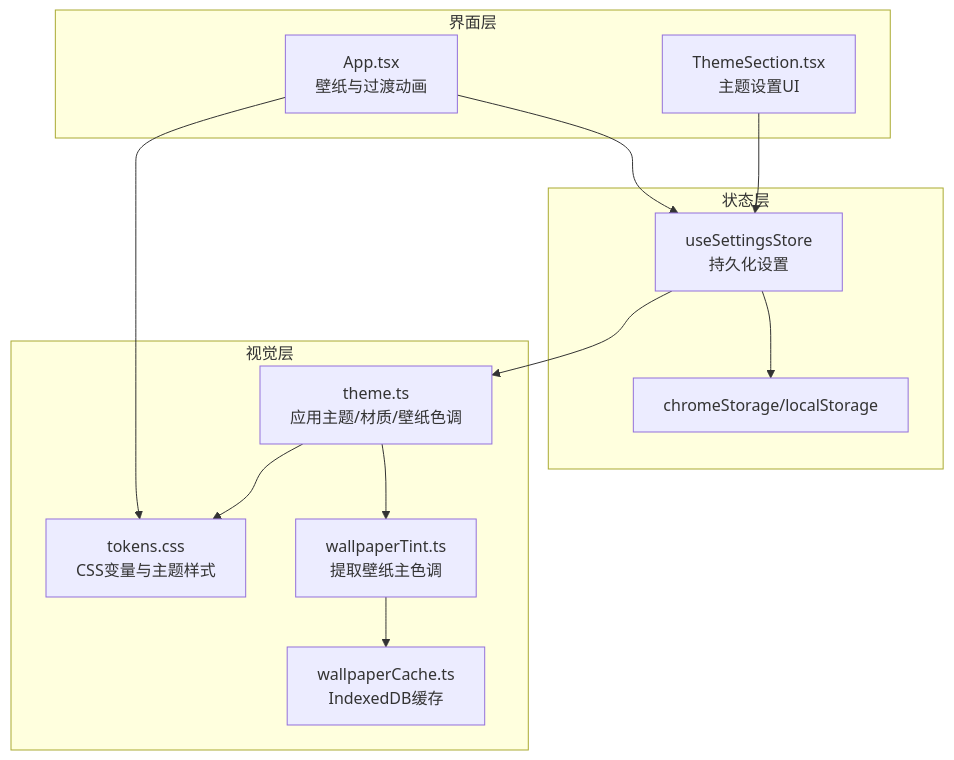
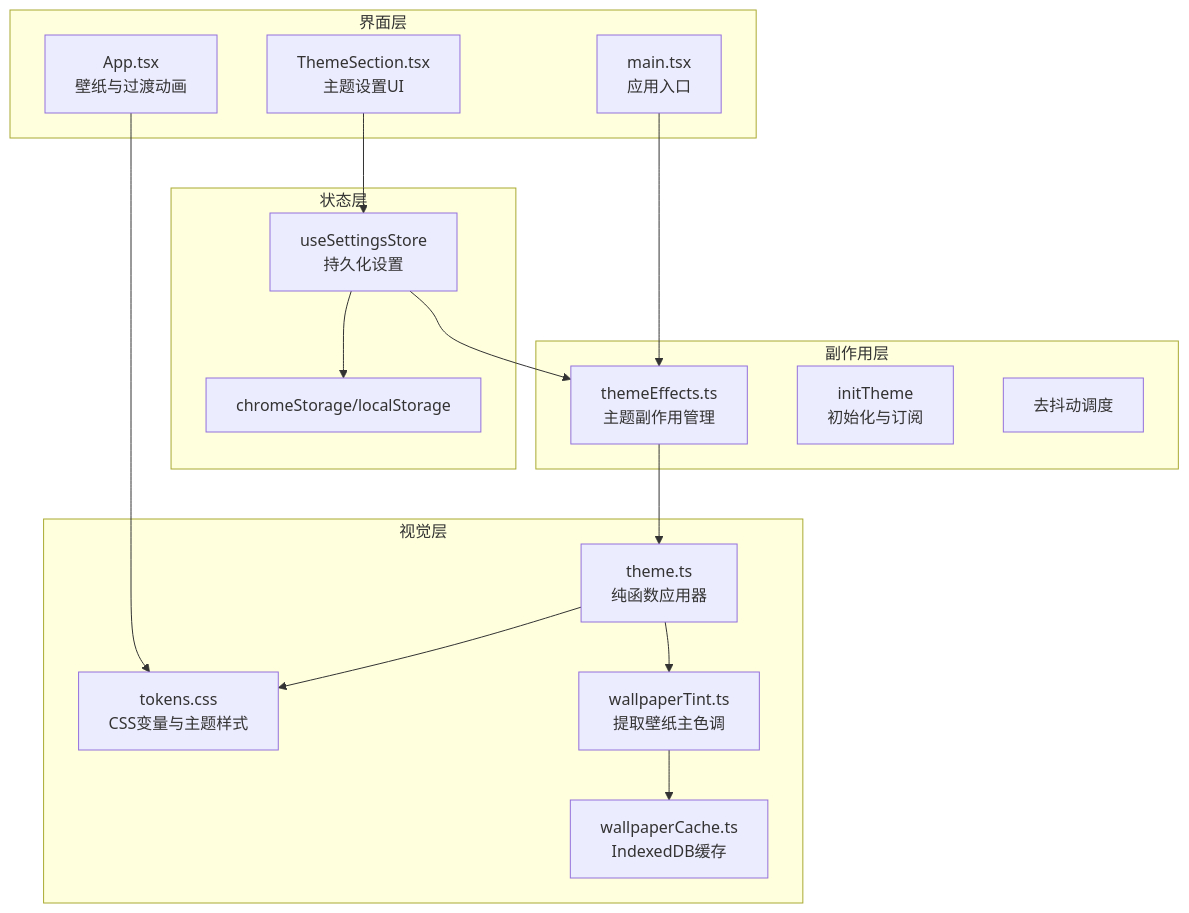
The first of 5 diagrams in .qoder/repowiki/zh/content/设置与配置系统/主题配置模块.md (Zy0913/xtab), drawn with Mermaid before and after one commit. The commit also changed other lines of this file and 15 other files, not shown here.

````diff
--- a/.qoder/repowiki/zh/content/设置与配置系统/主题配置模块.md
+++ b/.qoder/repowiki/zh/content/设置与配置系统/主题配置模块.md
@@ -54,25 +57,32 @@
 ```mermaid
 graph TB
 subgraph "状态层"
 Store["useSettingsStore<br/>持久化设置"]
 Storage["chromeStorage/localStorage"]
 end
+subgraph "副作用层"
+Effects["themeEffects.ts<br/>主题副作用管理"]
+Init["initTheme<br/>初始化与订阅"]
+Debounce["去抖动调度"]
+end
 subgraph "视觉层"
-ThemeLib["theme.ts<br/>应用主题/材质/壁纸色调"]
+ThemeLib["theme.ts<br/>纯函数应用器"]
 Tokens["tokens.css<br/>CSS变量与主题样式"]
 Wallpaper["wallpaperTint.ts<br/>提取壁纸主色调"]
 Cache["wallpaperCache.ts<br/>IndexedDB缓存"]
 end
 subgraph "界面层"
 UI["ThemeSection.tsx<br/>主题设置UI"]
 App["App.tsx<br/>壁纸与过渡动画"]
+Main["main.tsx<br/>应用入口"]
 end
 UI --> Store
-Store --> ThemeLib
+Store --> Effects
+Effects --> ThemeLib
 ThemeLib --> Tokens
 ThemeLib --> Wallpaper
 Wallpaper --> Cache
 Store --> Storage
 App --> Tokens
-App --> Store
+Main --> Effects
 ```
````
